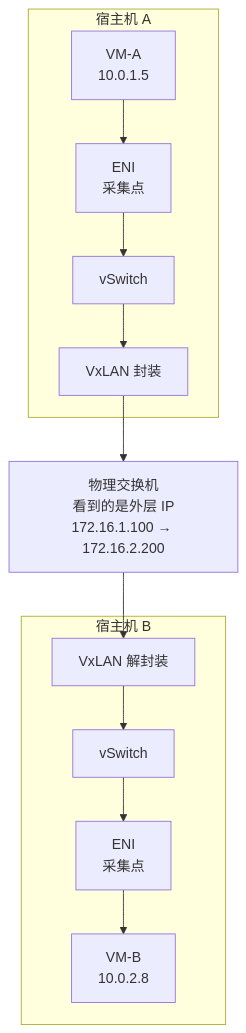
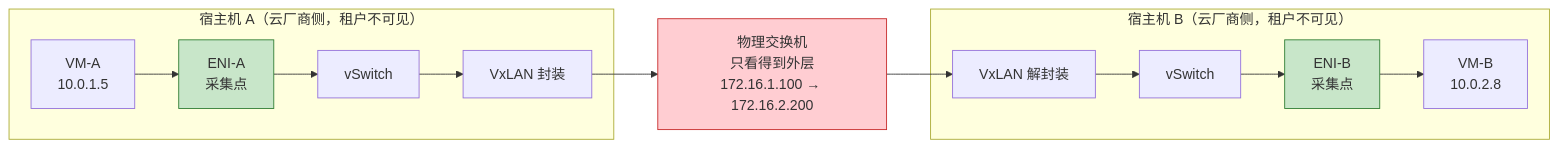
Before and after one commit to caozhiyi/network-book: the second of 2 diagrams in docs/28.出了问题从哪查起网络流日志.md, drawn with Mermaid. The commit also changed other lines of this file and 14 other files, not shown here.

````diff
--- a/docs/28.出了问题从哪查起网络流日志.md
+++ b/docs/28.出了问题从哪查起网络流日志.md
@@ -97,18 +75,22 @@
 ```mermaid
-graph TB
-    subgraph 宿主机 A
-        VM_A[VM-A<br/>10.0.1.5] --> ENI_A[ENI<br/>采集点]
-        ENI_A --> vSwitch_A[vSwitch]
-        vSwitch_A --> VxLAN_A[VxLAN 封装]
+graph LR
+    subgraph 宿主机A["宿主机 A（云厂商侧，租户不可见）"]
+        VMA["VM-A<br/>10.0.1.5"] --> ENIA["ENI-A<br/>采集点"]
+        ENIA --> VSA["vSwitch"]
+        VSA --> ENCA["VxLAN 封装"]
     end
-    
-    VxLAN_A --> Switch[物理交换机<br/>看到的是外层 IP<br/>172.16.1.100 → 172.16.2.200]
-    
-    subgraph 宿主机 B
-        VxLAN_B[VxLAN 解封装] --> vSwitch_B[vSwitch]
-        vSwitch_B --> ENI_B[ENI<br/>采集点]
-        ENI_B --> VM_B[VM-B<br/>10.0.2.8]
+
+    ENCA --> SWITCH["物理交换机<br/>只看得到外层<br/>172.16.1.100 → 172.16.2.200"]
+
+    subgraph 宿主机B["宿主机 B（云厂商侧，租户不可见）"]
+        DECB["VxLAN 解封装"] --> VSB["vSwitch"]
+        VSB --> ENIB["ENI-B<br/>采集点"]
+        ENIB --> VMB["VM-B<br/>10.0.2.8"]
     end
-    
-    Switch --> VxLAN_B
+
+    SWITCH --> DECB
+
+    style ENIA fill:#c8e6c9,stroke:#2e7d32
+    style ENIB fill:#c8e6c9,stroke:#2e7d32
+    style SWITCH fill:#ffcdd2,stroke:#c62828
 ```
````
